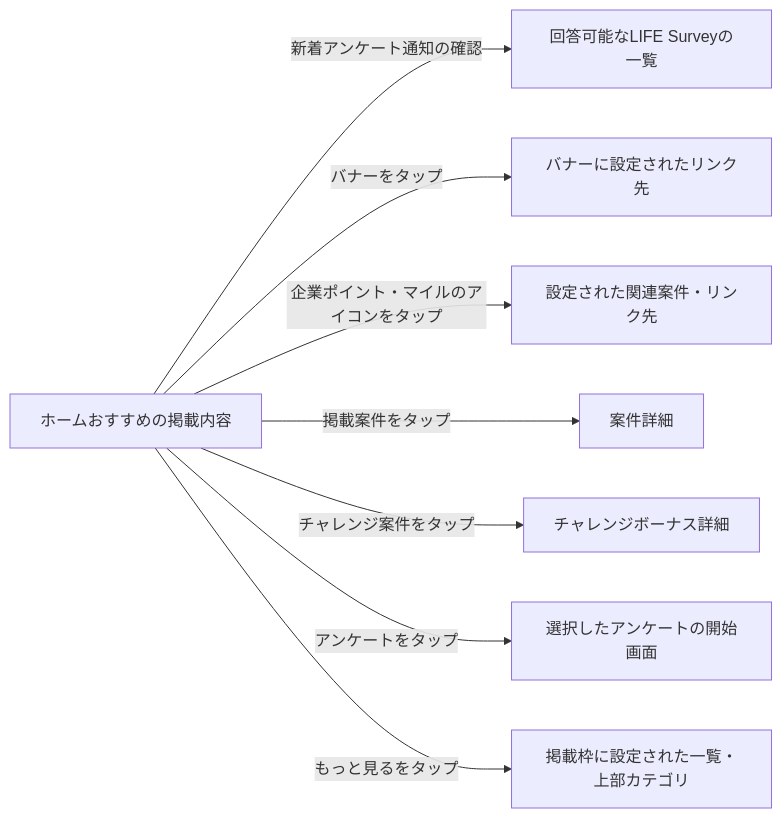
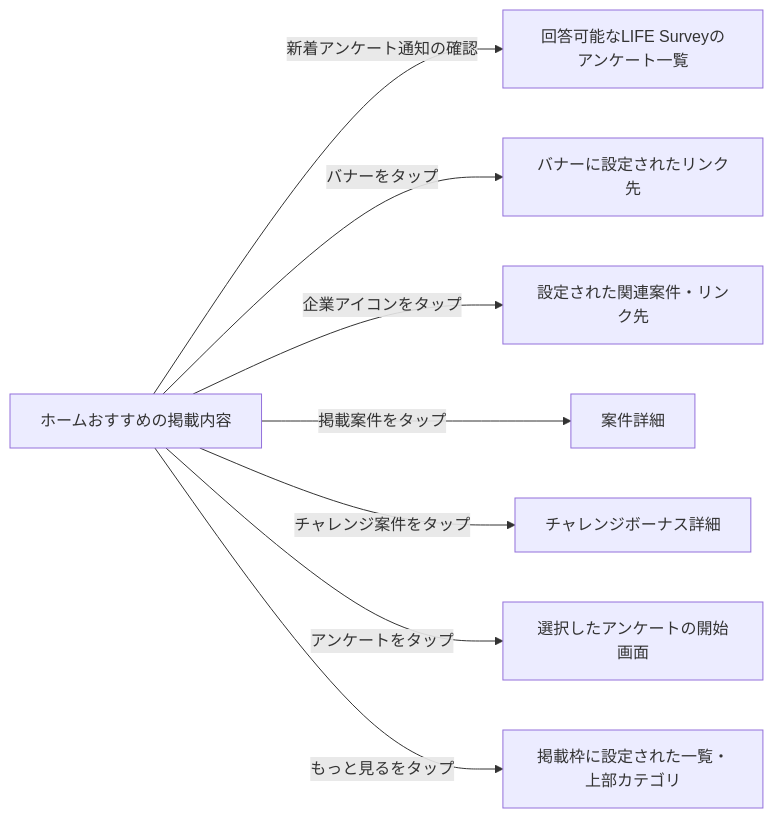
The third of 5 diagrams in docs/prd/features/F02-home.md (Min-Thu-Khant/pochipo-mock-en), drawn with Mermaid before and after one commit. The commit also changed other lines of this file, not shown here.

````diff
--- a/docs/prd/features/F02-home.md
+++ b/docs/prd/features/F02-home.md
@@ -138,11 +130,11 @@
 ```mermaid
 flowchart LR
   R["ホームおすすめの掲載内容"]
-  R -->|新着アンケート通知の確認| Q["回答可能なLIFE Surveyの一覧"]
+  R -->|新着アンケート通知の確認| Q["回答可能なLIFE Surveyのアンケート一覧"]
   R -->|バナーをタップ| L["バナーに設定されたリンク先"]
-  R -->|企業ポイント・マイルのアイコンをタップ| E["設定された関連案件・リンク先"]
+  R -->|企業アイコンをタップ| E["設定された関連案件・リンク先"]
   R -->|掲載案件をタップ| O["案件詳細"]
   R -->|チャレンジ案件をタップ| B["チャレンジボーナス詳細"]
   R -->|アンケートをタップ| S["選択したアンケートの開始画面"]
   R -->|もっと見るをタップ| A["掲載枠に設定された一覧・上部カテゴリ"]
 ```
````
